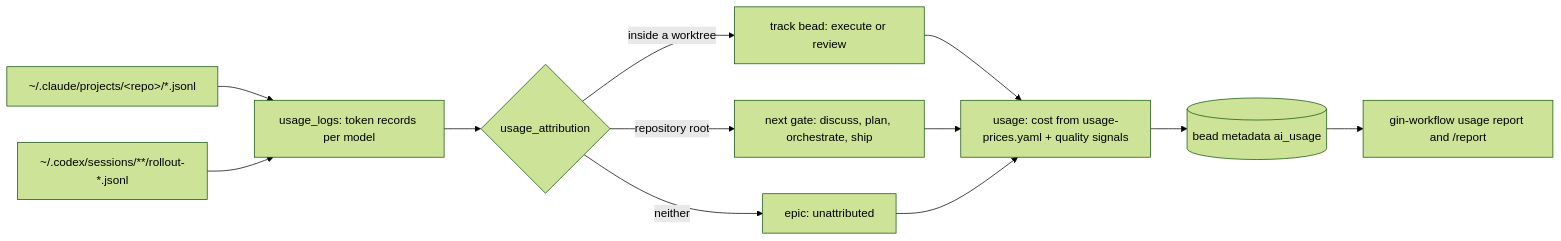
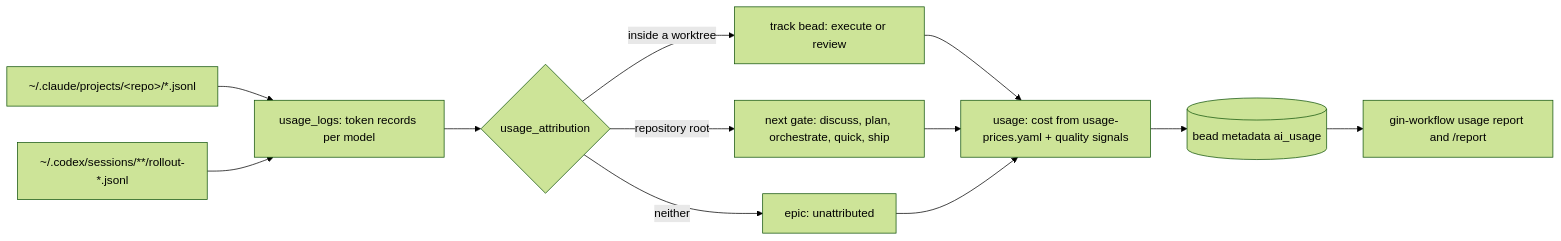
Before and after one commit to giangdhwhtbr/gin-workflow: the sixth of 6 diagrams in docs/concepts/architecture.md, drawn with Mermaid (forest theme). The commit also changed other lines of this file and 4 other files, not shown here.

````diff
--- a/docs/concepts/architecture.md
+++ b/docs/concepts/architecture.md
@@ -154,12 +155,12 @@
 ```mermaid
 flowchart LR
     L1[~/.claude/projects/&lt;repo&gt;/*.jsonl] --> A
     L2[~/.codex/sessions/**/rollout-*.jsonl] --> A
     A[usage_logs: token records per model] --> B{usage_attribution}
     B -->|inside a worktree| T[track bead: execute or review]
-    B -->|repository root| G[next gate: discuss, plan, orchestrate, ship]
+    B -->|repository root| G[next gate: discuss, plan, orchestrate, quick, ship]
     B -->|neither| UA[epic: unattributed]
     T & G & UA --> S[usage: cost from usage-prices.yaml + quality signals]
     S --> M[(bead metadata ai_usage)]
     M --> R[gin-workflow usage report and /report]
 ```
````
